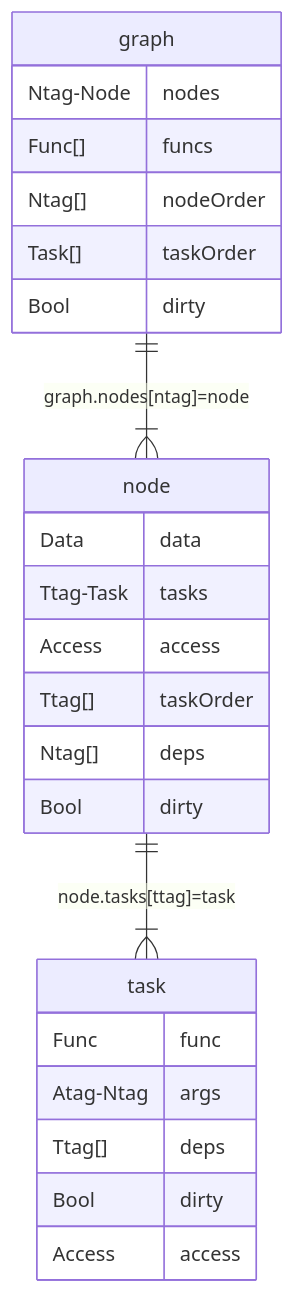
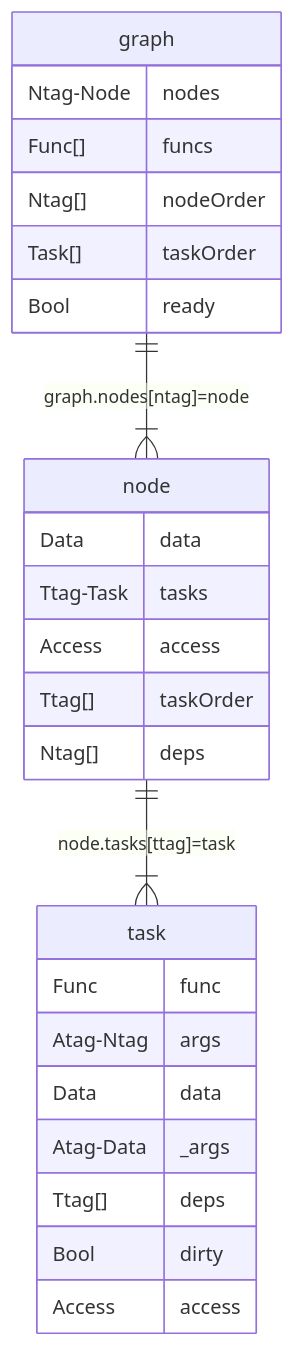
One commit to ShilianShen/SoftDep changed the diagram in docs/erdiagram.lua.md. Above: the diagram before and after it, drawn with Mermaid. The commit also changed 2 other files, not shown here.

Commit message:
Refactor: update graph structure to improve task handling and enhance spread function logic

````diff
--- a/docs/erdiagram.lua.md
+++ b/docs/erdiagram.lua.md
@@ -1,28 +1,29 @@
 ```mermaid
 erDiagram
     graph {
         Ntag-Node nodes
         Func[] funcs
         Ntag[] nodeOrder
         Task[] taskOrder
-        Bool dirty
+        Bool ready
     }
     node {
         Data data
         Ttag-Task tasks
         Access access
         Ttag[] taskOrder
         Ntag[] deps
-        Bool dirty
     }
     task {
         Func func
         Atag-Ntag args
+        Data data
+        Atag-Data _args
         Ttag[] deps
         Bool dirty
         Access access
     }
 
     graph ||--|{ node : "graph.nodes[ntag]=node"
     node ||--|{ task : "node.tasks[ttag]=task"
 ```
````
